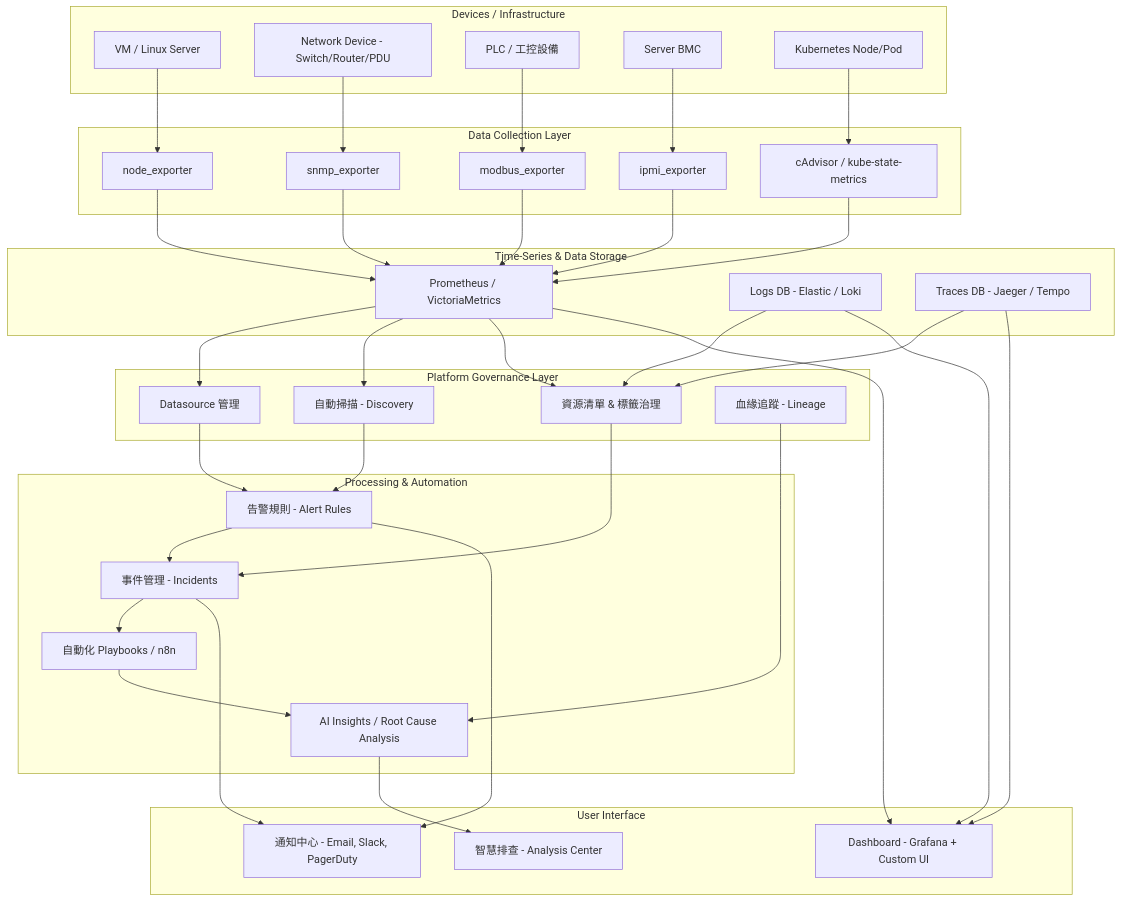
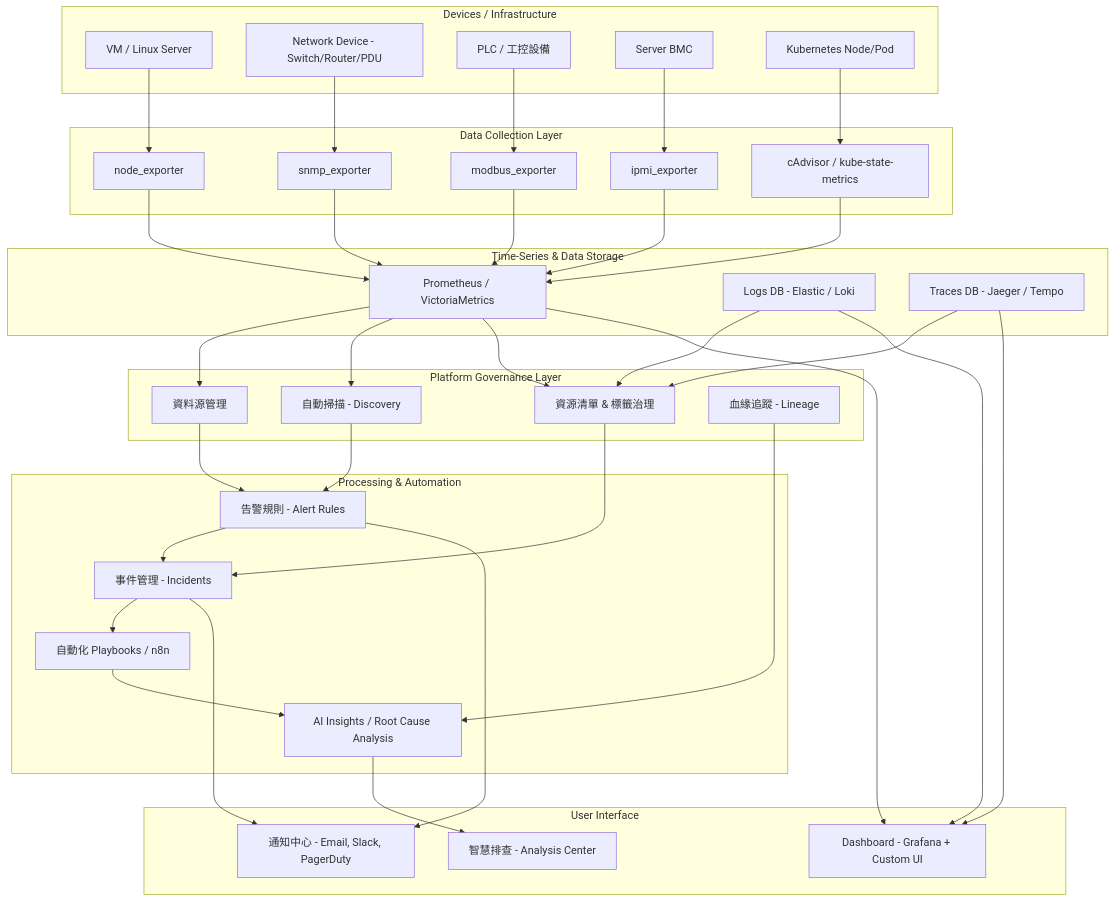
The diagram in docs/mermaid-chart.md (detectviz/sre-platform-app), drawn with Mermaid before and after one commit. The commit also changed 22 other files, not shown here.

```diff
--- a/docs/mermaid-chart.md
+++ b/docs/mermaid-chart.md
@@ -26,7 +26,7 @@
     end
 
     subgraph Governance["Platform Governance Layer"]
-        C1[Datasource 管理]
+        C1[資料源管理]
         C2[自動掃描 - Discovery]
         C3[資源清單 & 標籤治理]
         C4[血緣追蹤 - Lineage]
```
